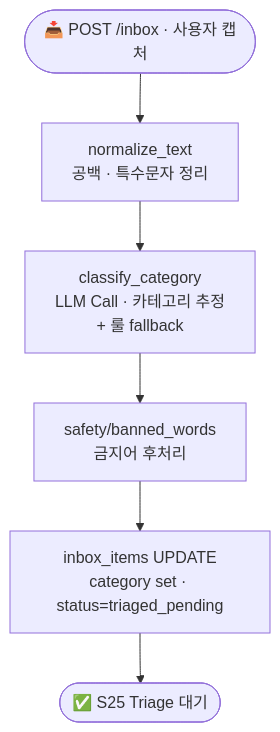
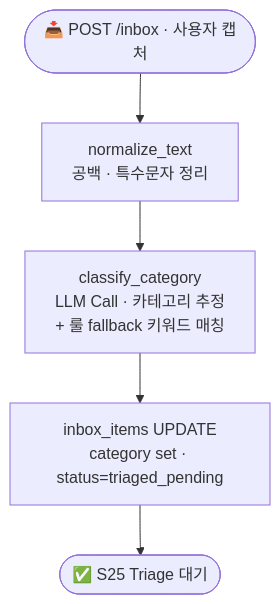
One commit to hanium-reaction/reaction-backend changed the fifth of 7 diagrams in docs/decisions/0005-agentic-architecture-mvp.md. Above: the diagram before and after it, drawn with Mermaid. The commit also changed other lines of this file, not shown here.

````diff
--- a/docs/decisions/0005-agentic-architecture-mvp.md
+++ b/docs/decisions/0005-agentic-architecture-mvp.md
@@ -398,8 +446,7 @@
 ```mermaid
 flowchart TD
   Start([📥 POST /inbox · 사용자 캡처]) --> Normalize[normalize_text<br/>공백 · 특수문자 정리]
-  Normalize --> LLM[classify_category<br/>LLM Call · 카테고리 추정<br/>+ 룰 fallback]
-  LLM --> Filter[safety/banned_words<br/>금지어 후처리]
-  Filter --> Save[inbox_items UPDATE<br/>category set · status=triaged_pending]
+  Normalize --> LLM[classify_category<br/>LLM Call · 카테고리 추정<br/>+ 룰 fallback 키워드 매칭]
+  LLM --> Save[inbox_items UPDATE<br/>category set · status=triaged_pending]
   Save --> End([✅ S25 Triage 대기])
 ```
````
